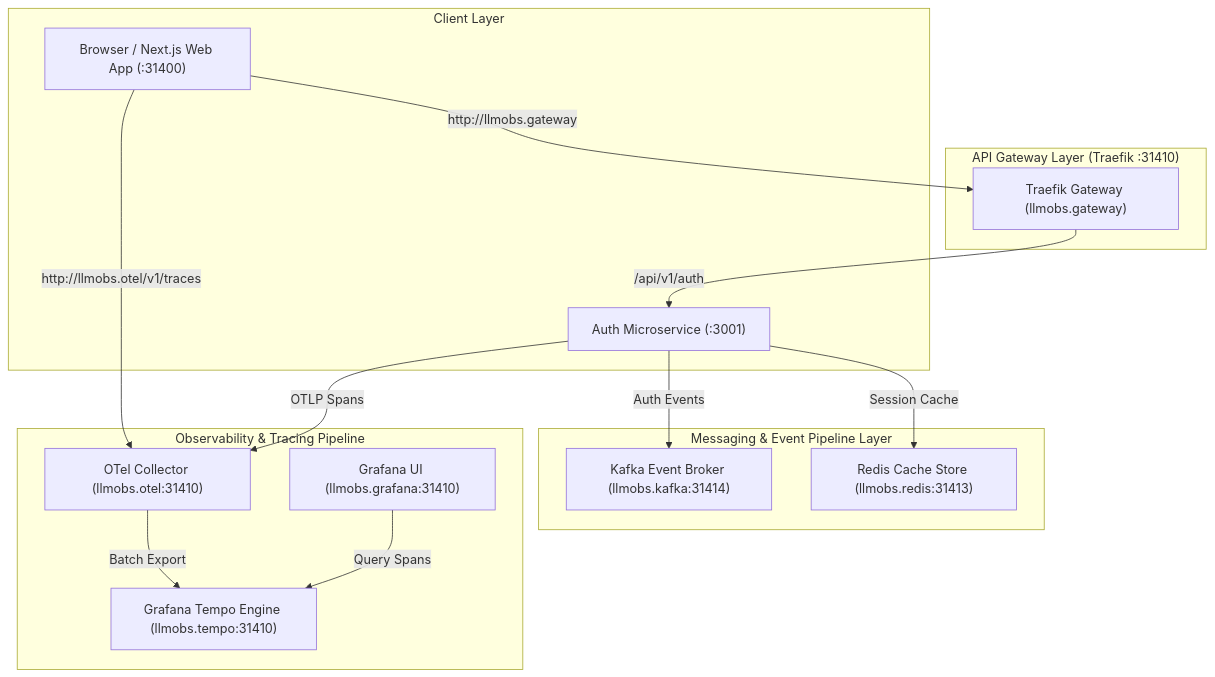
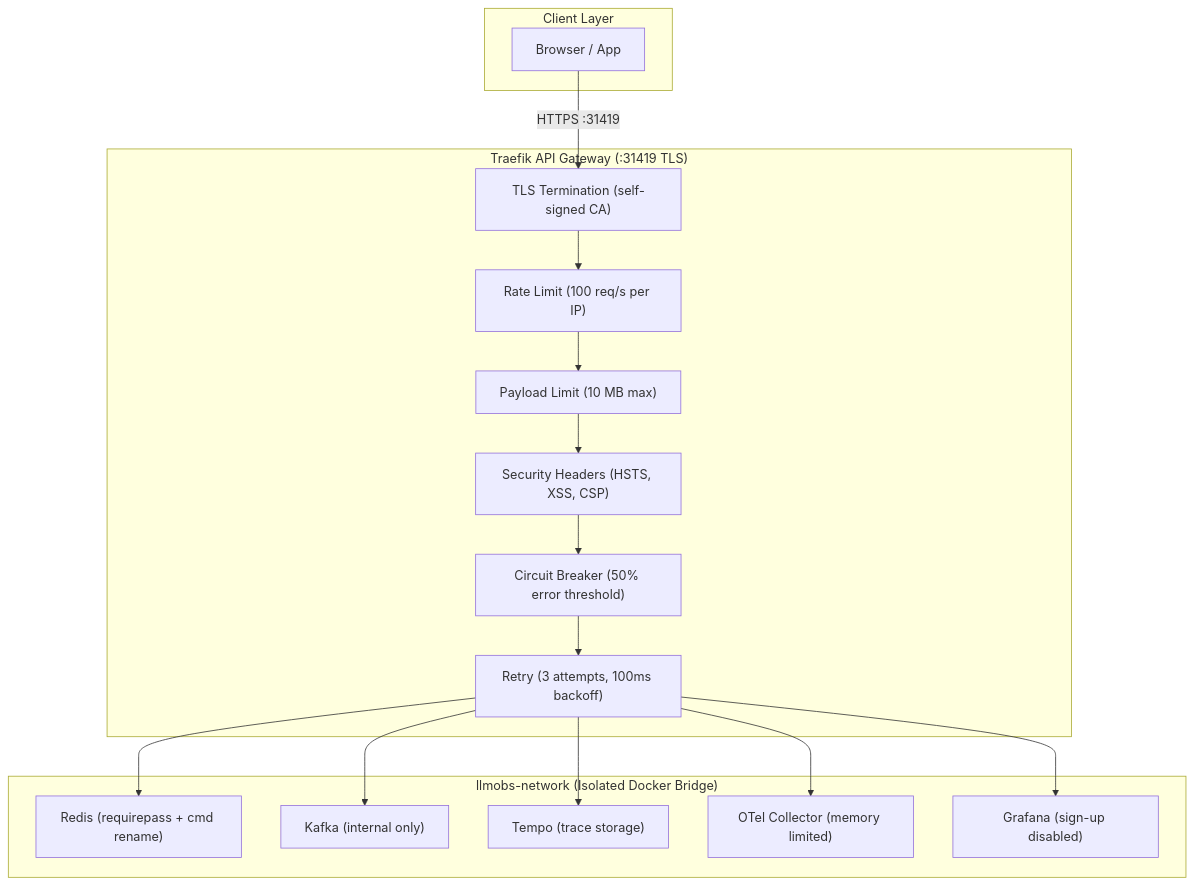
Before and after one commit to Chief-Strategist-J/llm-observability-platform: the first of 2 diagrams in packages/node/frontend-deployment/README.md, drawn with Mermaid. The commit also changed other lines of this file and 13 other files, not shown here.

Commit message:
feat(security): add TLS cert generation, request security (rate limit/payload size), setup.sh, REQUIREMENTS.md, and integration tests

````diff
--- a/packages/node/frontend-deployment/README.md
+++ b/packages/node/frontend-deployment/README.md
@@ -33,34 +30,31 @@
 ```mermaid
 flowchart TD
-    subgraph Clients["Client Layer"]
-        Browser["Browser / Next.js Web App (:31400)"]
-        AuthApp["Auth Microservice (:3001)"]
+    subgraph ClientLayer["Client Layer"]
+        Browser["Browser / App"]
     end
 
-    subgraph GatewayLayer["API Gateway Layer (Traefik :31410)"]
-        Traefik["Traefik Gateway (llmobs.gateway)"]
+    subgraph GatewayLayer["Traefik API Gateway (:31419 TLS)"]
+        TLS["TLS Termination (self-signed CA)"]
+        RL["Rate Limit (100 req/s per IP)"]
+        PL["Payload Limit (10 MB max)"]
+        SH["Security Headers (HSTS, XSS, CSP)"]
+        CB["Circuit Breaker (50% error threshold)"]
+        RT["Retry (3 attempts, 100ms backoff)"]
     end
 
-    subgraph MessagingLayer["Messaging & Event Pipeline Layer"]
-        Kafka["Kafka Event Broker (llmobs.kafka:31414)"]
-        Redis["Redis Cache Store (llmobs.redis:31413)"]
+    subgraph NetworkLayer["llmobs-network (Isolated Docker Bridge)"]
+        Redis["Redis (requirepass + cmd rename)"]
+        Kafka["Kafka (internal only)"]
+        Tempo["Tempo (trace storage)"]
+        OTel["OTel Collector (memory limited)"]
+        Grafana["Grafana (sign-up disabled)"]
     end
 
-    subgraph TelemetryPipeline["Observability & Tracing Pipeline"]
-        OTel["OTel Collector (llmobs.otel:31410)"]
-        Tempo["Grafana Tempo Engine (llmobs.tempo:31410)"]
-        Grafana["Grafana UI (llmobs.grafana:31410)"]
-    end
-
-    %% Routing
-    Browser -->|http://llmobs.gateway| Traefik
-    Traefik -->|/api/v1/auth| AuthApp
-    AuthApp -->|Auth Events| Kafka
-    AuthApp -->|Session Cache| Redis
-
-    %% Telemetry
-    Browser -->|http://llmobs.otel/v1/traces| OTel
-    AuthApp -->|OTLP Spans| OTel
-    OTel -->|Batch Export| Tempo
-    Grafana -->|Query Spans| Tempo
+    Browser -->|HTTPS :31419| TLS
+    TLS --> RL --> PL --> SH --> CB --> RT
+    RT --> Redis
+    RT --> Kafka
+    RT --> Tempo
+    RT --> OTel
+    RT --> Grafana
 ```
````
